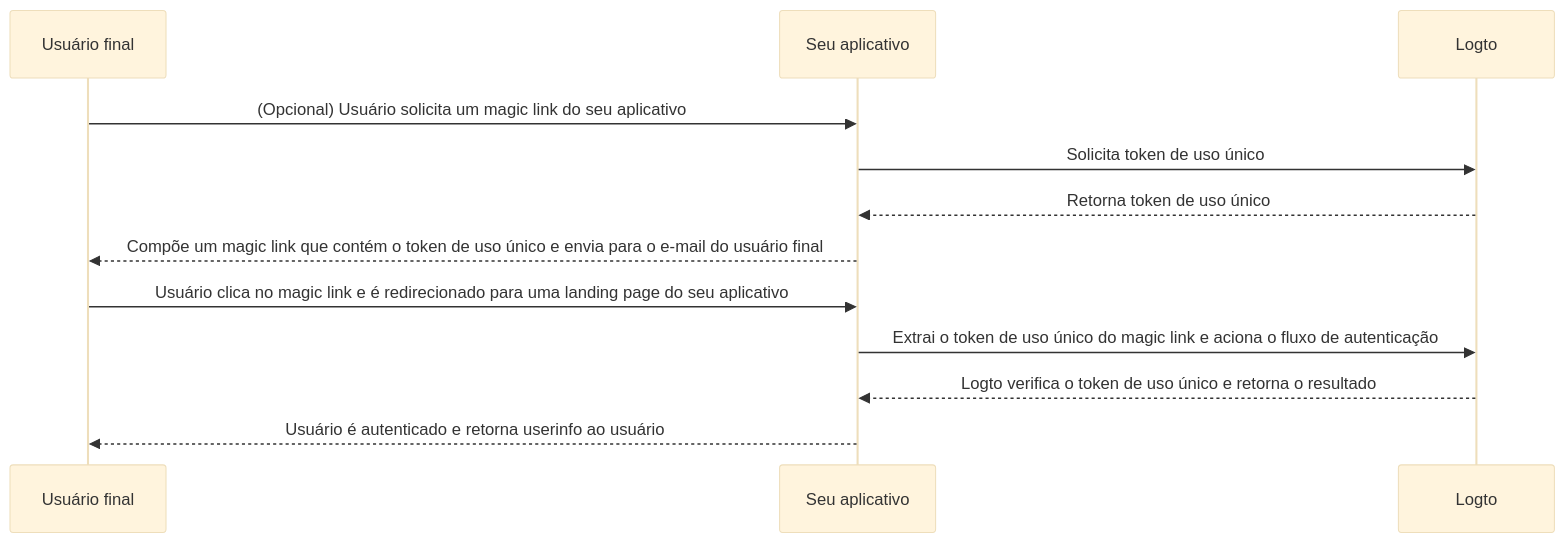
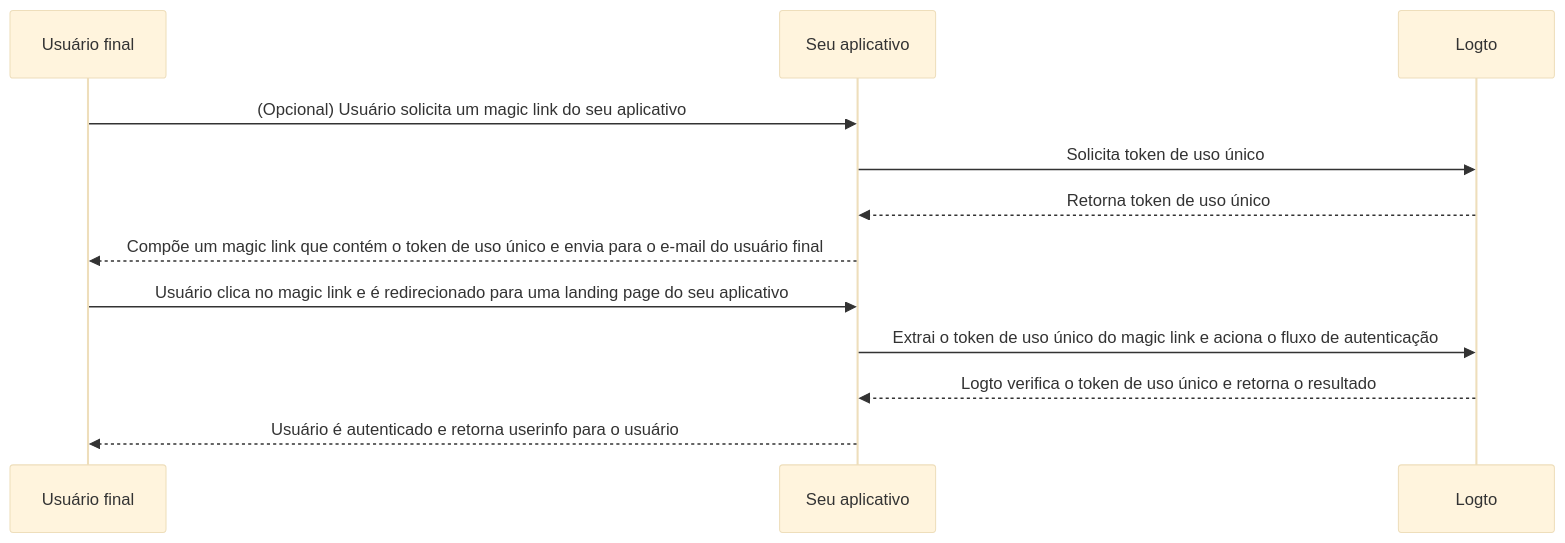
Before and after one commit to logto-io/docs: the diagram in i18n/pt-BR/docusaurus-plugin-content-docs/current/end-user-flows/one-time-token.mdx, drawn with Mermaid (base theme). The commit also changed other lines of this file and 35 other files, not shown here.

````diff
--- a/i18n/pt-BR/docusaurus-plugin-content-docs/current/end-user-flows/one-time-token.mdx
+++ b/i18n/pt-BR/docusaurus-plugin-content-docs/current/end-user-flows/one-time-token.mdx
@@ -24,15 +24,15 @@
 ```mermaid
 sequenceDiagram
   participant U as Usuário final
   participant C as Seu aplicativo
   participant L as Logto
 
   U ->> C: (Opcional) Usuário solicita um magic link do seu aplicativo
   C ->> L: Solicita token de uso único
   L -->> C: Retorna token de uso único
   C -->> U: Compõe um magic link que contém o token de uso único e envia para o e-mail do usuário final
   U ->> C: Usuário clica no magic link e é redirecionado para uma landing page do seu aplicativo
   C ->> L: Extrai o token de uso único do magic link e aciona o fluxo de autenticação
   L -->> C: Logto verifica o token de uso único e retorna o resultado
-  C -->> U: Usuário é autenticado e retorna userinfo ao usuário
+  C -->> U: Usuário é autenticado e retorna userinfo para o usuário
 ```
````
